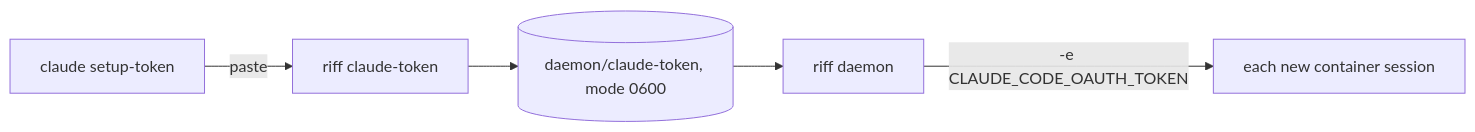
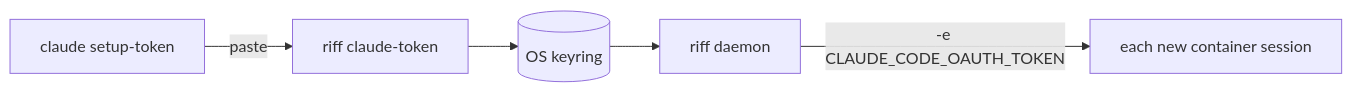
The tenth of 36 diagrams in docs/src/development.md (como-technologies/riff), drawn with Mermaid before and after one commit. The commit also changed other lines of this file and 9 other files, not shown here.

First line of the commit message:
riff claude-token keeps the token in the OS keyring, not in a file (#1166)

````diff
--- a/docs/src/development.md
+++ b/docs/src/development.md
@@ -806,7 +807,7 @@
 ```mermaid
 flowchart LR
     P["claude setup-token"] -->|"paste"| R["riff claude-token"]
-    R --> F[("daemon/claude-token, mode 0600")]
+    R --> F[("OS keyring")]
     F --> D["riff daemon"]
     D -->|"-e CLAUDE_CODE_OAUTH_TOKEN"| C["each new container session"]
 ```
````
